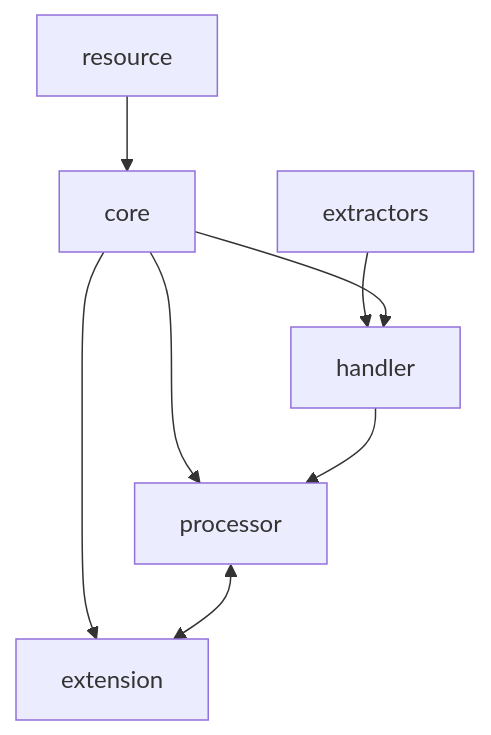
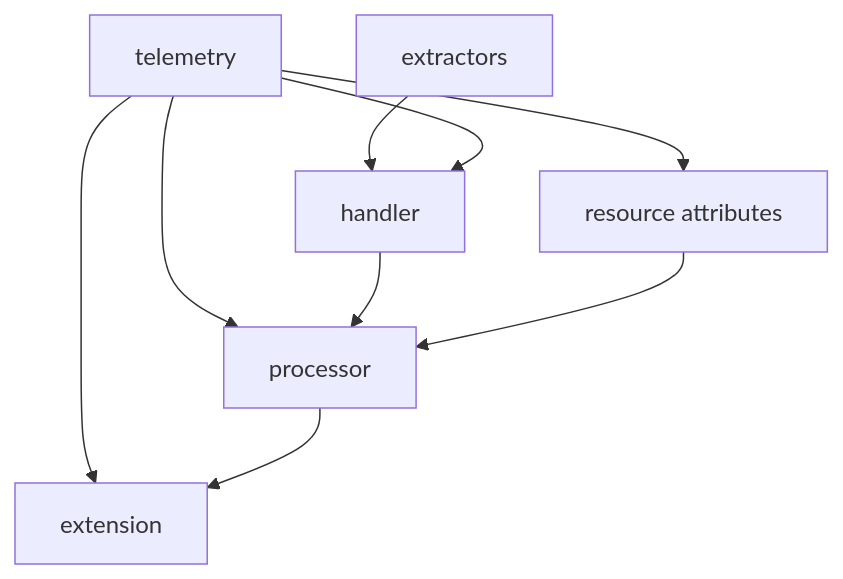
One commit to dev7a/serverless-otlp-forwarder changed the first of 2 diagrams in packages/node/lambda-otel-lite/README.md. Above: the diagram before and after it, drawn with Mermaid. The commit also changed other lines of this file, not shown here.

````diff
--- a/packages/node/lambda-otel-lite/README.md
+++ b/packages/node/lambda-otel-lite/README.md
@@ -23,10 +27,11 @@
 ```mermaid
 graph TD
-    A[core] --> B[processor]
+    A[telemetry] --> B[processor]
     A --> C[extension]
-    B <--> C
-    D[resource] --> A
+    B --> C
     E[extractors] --> F[handler]
     F --> B
     A --> F
+    H[resource attributes] --> B
+    A --> H
 ```
````
